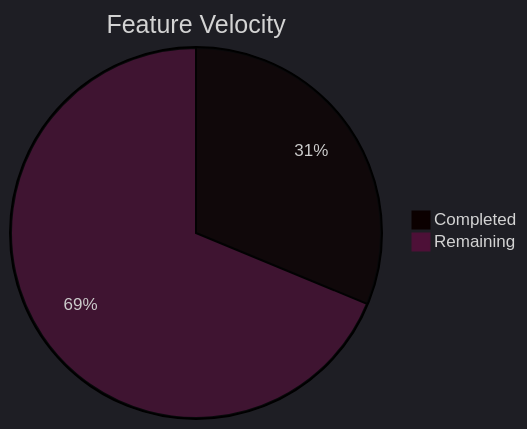
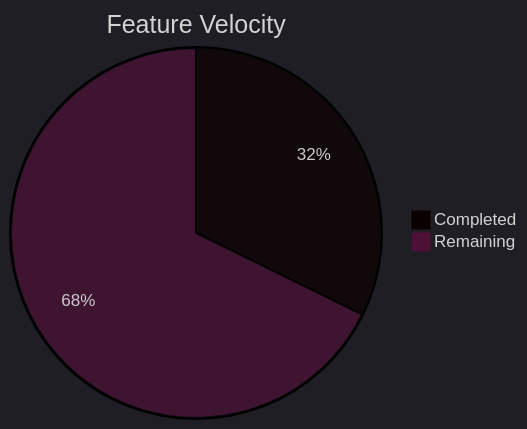
The fifth of 6 diagrams in tools/SK8Lytz_Bucket_List.md (Neogleamz/SK8Lytz), drawn with Mermaid before and after one commit.

Commit message:
chore(docs): icebox feat/google-oauth-integration

````diff
--- a/tools/SK8Lytz_Bucket_List.md
+++ b/tools/SK8Lytz_Bucket_List.md
@@ -79,6 +79,6 @@
 ```mermaid
 %%{init: {'theme': 'dark'}}%%
 pie title Feature Velocity
   "Completed" : 10
-  "Remaining" : 22
+  "Remaining" : 21
 ```
````
